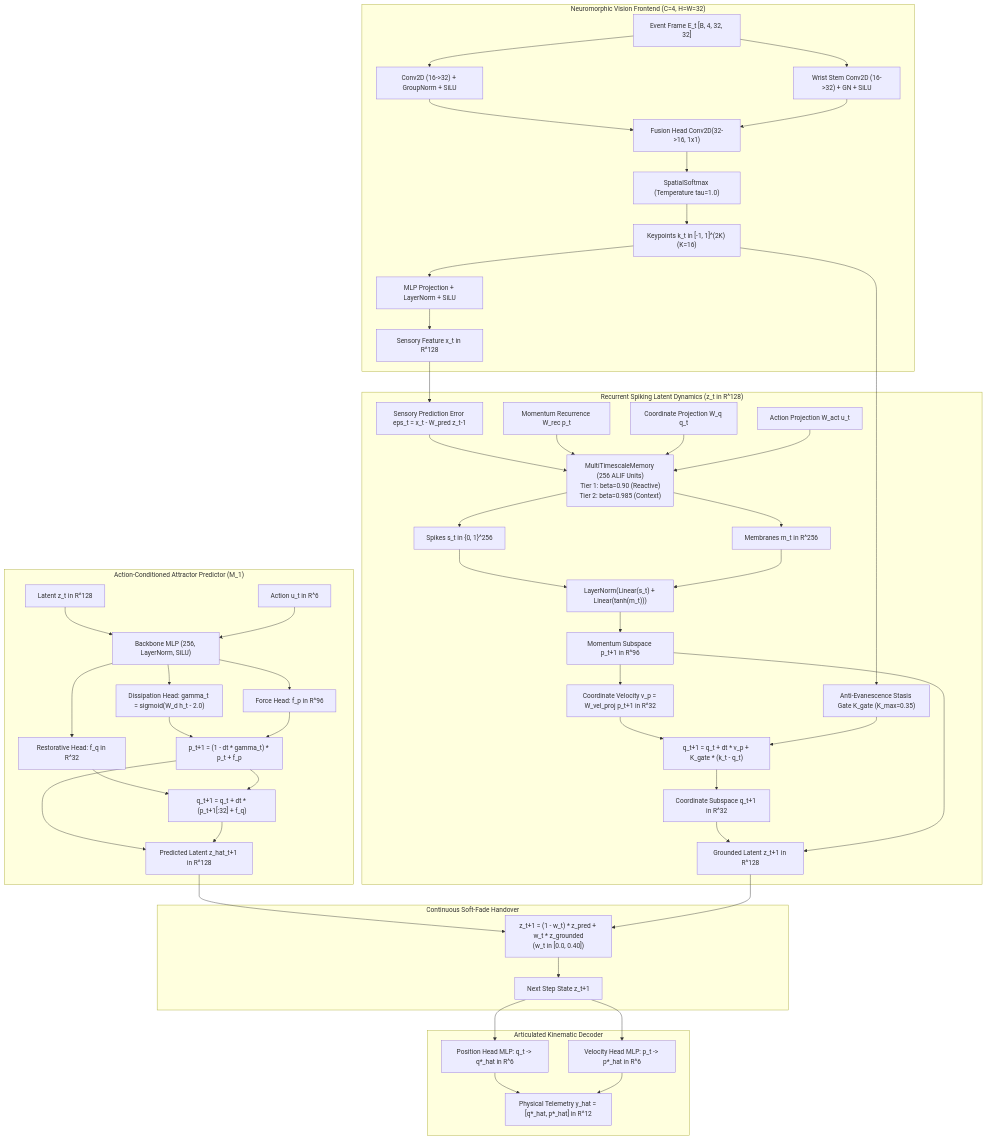
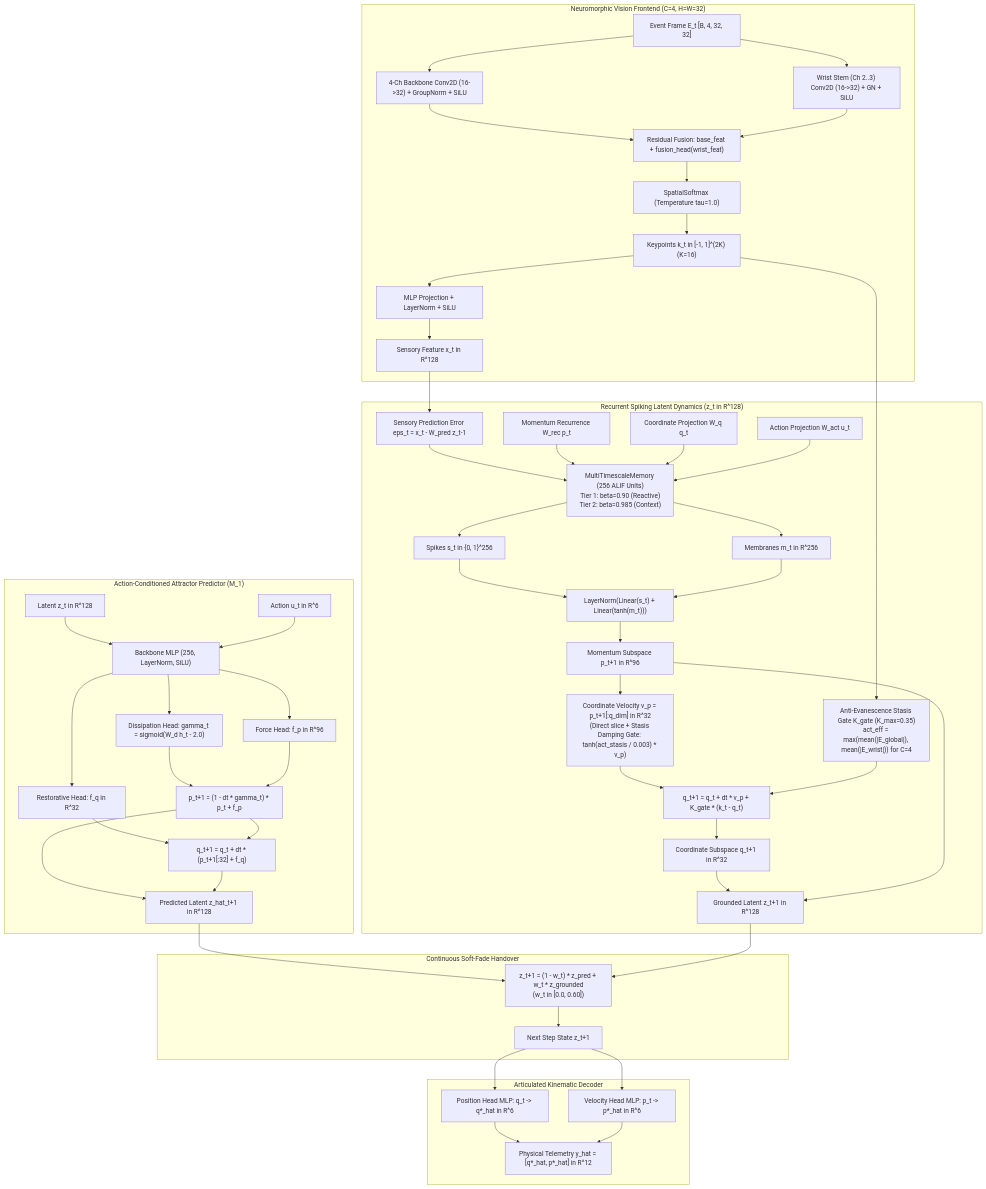
Before and after one commit to Mattia-Maiorano/Spiking-Neural_Novelty: the second of 6 diagrams in docs/DOSSIER.md, drawn with Mermaid. The commit also changed other lines of this file and 423 other files, not shown here.

````diff
--- a/docs/DOSSIER.md
+++ b/docs/DOSSIER.md
@@ -92,55 +92,55 @@
 ```mermaid
 flowchart TD
     subgraph Frontend["Neuromorphic Vision Frontend (C=4, H=W=32)"]
         E_t["Event Frame E_t [B, 4, 32, 32]"]
-        ConvGlobal["Conv2D (16->32) + GroupNorm + SiLU"]
-        ConvWrist["Wrist Stem Conv2D (16->32) + GN + SiLU"]
-        Fuse["Fusion Head Conv2D(32->16, 1x1)"]
-        E_t --> ConvGlobal
+        ConvAll["4-Ch Backbone Conv2D (16->32) + GroupNorm + SiLU"]
+        ConvWrist["Wrist Stem (Ch 2..3) Conv2D (16->32) + GN + SiLU"]
+        Fuse["Residual Fusion: base_feat + fusion_head(wrist_feat)"]
+        E_t --> ConvAll
         E_t --> ConvWrist
-        ConvGlobal --> Fuse
+        ConvAll --> Fuse
         ConvWrist --> Fuse
         Fuse --> SM["SpatialSoftmax (Temperature tau=1.0)"]
         SM --> Keypoints["Keypoints k_t in [-1, 1]^(2K) (K=16)"]
         Keypoints --> Proj["MLP Projection + LayerNorm + SiLU"]
         Proj --> SensoryX["Sensory Feature x_t in R^128"]
     end
 
     subgraph Recurrence["Recurrent Spiking Latent Dynamics (z_t in R^128)"]
         SensoryX --> Err["Sensory Prediction Error eps_t = x_t - W_pred z_t-1"]
         Err --> ALIF["MultiTimescaleMemory (256 ALIF Units)\nTier 1: beta=0.90 (Reactive)\nTier 2: beta=0.985 (Context)"]
         RecP["Momentum Recurrence W_rec p_t"] --> ALIF
         RecQ["Coordinate Projection W_q q_t"] --> ALIF
         RecU["Action Projection W_act u_t"] --> ALIF
         ALIF --> Spikes["Spikes s_t in {0, 1}^256"]
         ALIF --> Mems["Membranes m_t in R^256"]
         Spikes & Mems --> FuseP["LayerNorm(Linear(s_t) + Linear(tanh(m_t)))"]
         FuseP --> P_next["Momentum Subspace p_t+1 in R^96"]
-        P_next --> VelProj["Coordinate Velocity v_p = W_vel_proj p_t+1 in R^32"]
-        Keypoints --> Gate["Anti-Evanescence Stasis Gate K_gate (K_max=0.35)"]
+        P_next --> VelProj["Coordinate Velocity v_p = p_t+1[:q_dim] in R^32\n(Direct slice + Stasis Damping Gate: tanh(act_stasis / 0.003) * v_p)"]
+        Keypoints --> Gate["Anti-Evanescence Stasis Gate K_gate (K_max=0.35)\nact_eff = max(mean(|E_global|), mean(|E_wrist|)) for C=4"]
         VelProj & Gate --> IntQ["q_t+1 = q_t + dt * v_p + K_gate * (k_t - q_t)"]
         IntQ --> Q_next["Coordinate Subspace q_t+1 in R^32"]
         Q_next & P_next --> Z_grounded["Grounded Latent z_t+1 in R^128"]
     end
 
     subgraph Predictor["Action-Conditioned Attractor Predictor (M_1)"]
         Z_in["Latent z_t in R^128"] & ActionIn["Action u_t in R^6"] --> BackboneM1["Backbone MLP (256, LayerNorm, SiLU)"]
         BackboneM1 --> DissHead["Dissipation Head: gamma_t = sigmoid(W_d h_t - 2.0)"]
         BackboneM1 --> ForceP["Force Head: f_p in R^96"]
         BackboneM1 --> RestQ["Restorative Head: f_q in R^32"]
         DissHead & ForceP --> DissP["p_t+1 = (1 - dt * gamma_t) * p_t + f_p"]
         RestQ & DissP --> DissQ["q_t+1 = q_t + dt * (p_t+1[:32] + f_q)"]
         DissP & DissQ --> Z_pred["Predicted Latent z_hat_t+1 in R^128"]
     end
 
     subgraph Handover["Continuous Soft-Fade Handover"]
-        Z_pred & Z_grounded --> Blend["z_t+1 = (1 - w_t) * z_pred + w_t * z_grounded\n(w_t in [0.0, 0.40])"]
+        Z_pred & Z_grounded --> Blend["z_t+1 = (1 - w_t) * z_pred + w_t * z_grounded\n(w_t in [0.0, 0.60])"]
         Blend --> Z_out["Next Step State z_t+1"]
     end
 
     subgraph Readout["Articulated Kinematic Decoder"]
         Z_out --> PosHead["Position Head MLP: q_t -> q*_hat in R^6"]
         Z_out --> VelHead["Velocity Head MLP: p_t -> p*_hat in R^6"]
         PosHead & VelHead --> KinOut["Physical Telemetry y_hat = [q*_hat, p*_hat] in R^12"]
     end
 ```
````
